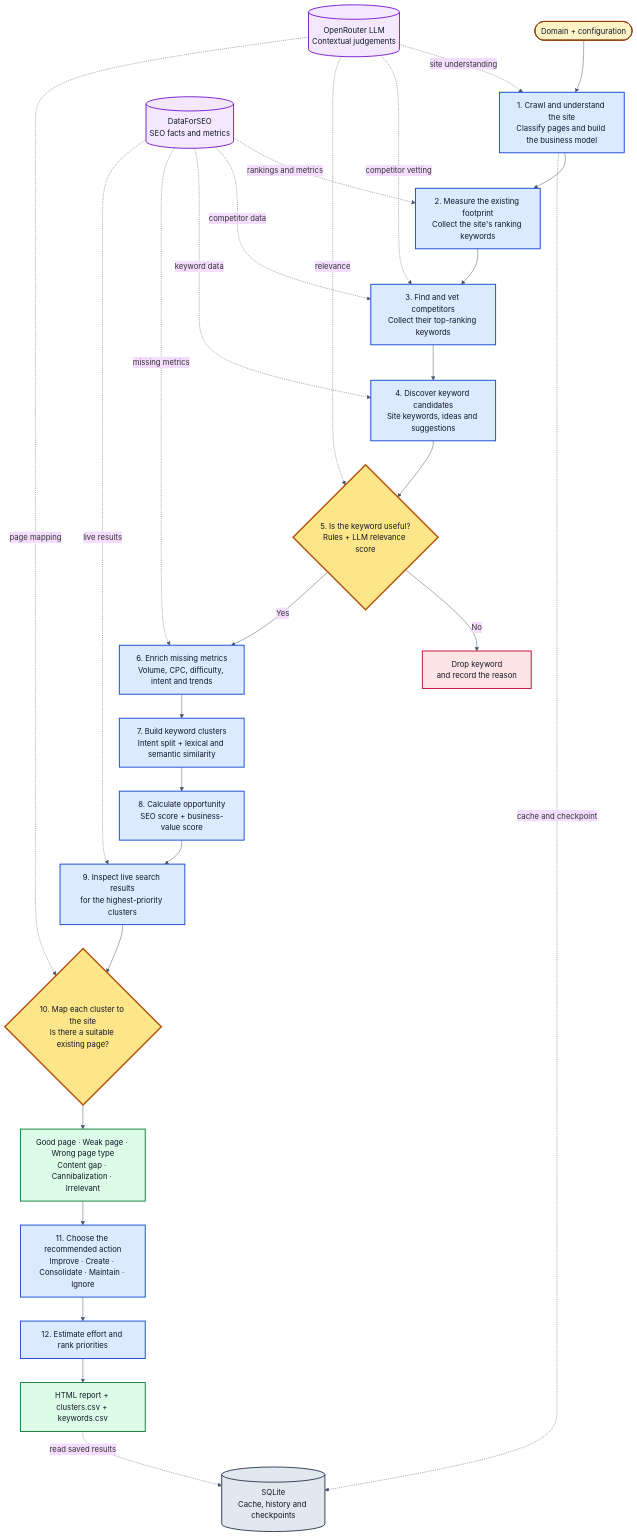
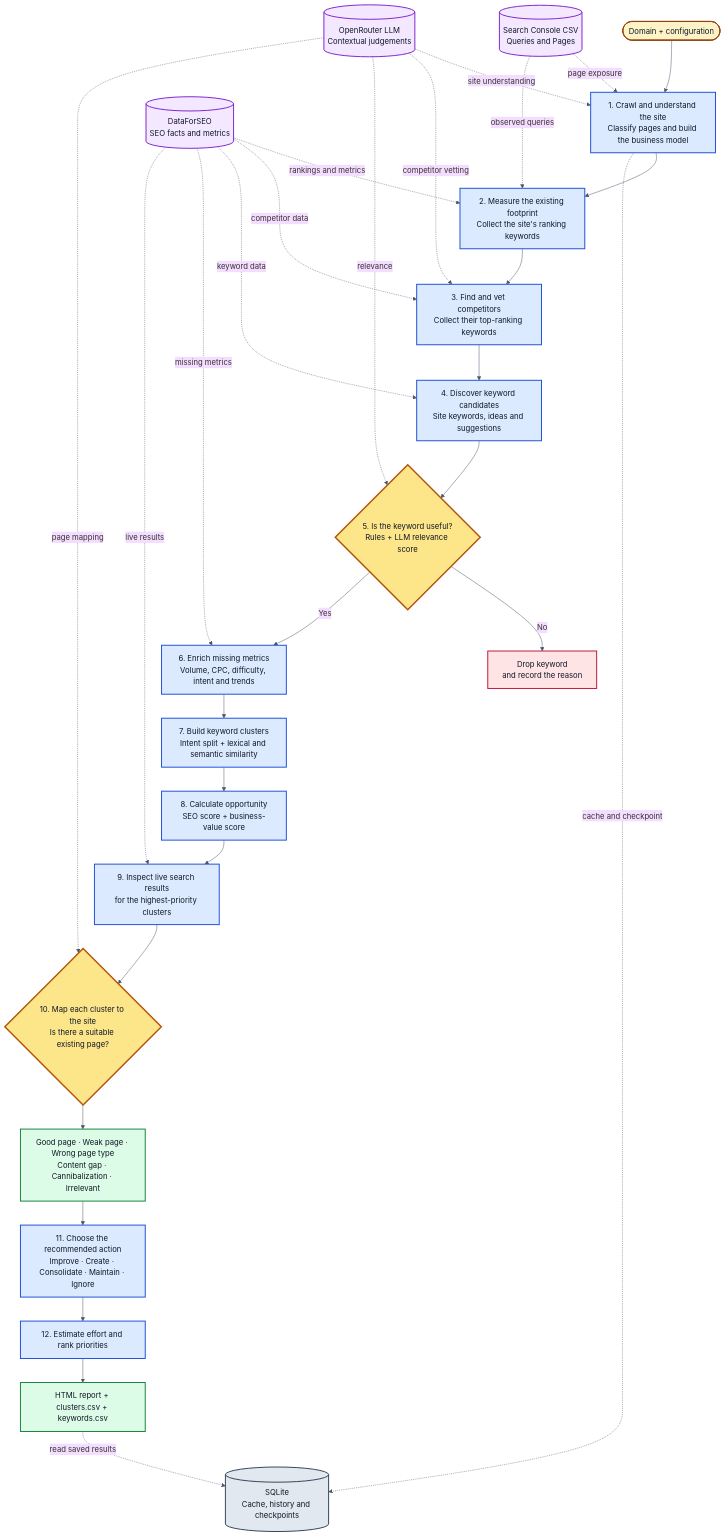
One commit to astratech302-collab/keyword-research changed the diagram in README.md. Above: the diagram before and after it, drawn with Mermaid. The commit also changed other lines of this file and 20 other files, not shown here.

Commit message:
added cost checking and google search console csv data support

````diff
--- a/README.md
+++ b/README.md
@@ -60,57 +69,60 @@
 ```mermaid
 %%{init: {"theme": "base", "themeVariables": {"lineColor": "#475569", "fontFamily": "Arial, sans-serif"}}}%%
 flowchart TD
     START(["Domain + configuration"])
 
     START --> SITE["1. Crawl and understand the site<br/>Classify pages and build the business model"]
     SITE --> FOOTPRINT["2. Measure the existing footprint<br/>Collect the site's ranking keywords"]
     FOOTPRINT --> COMPETITORS["3. Find and vet competitors<br/>Collect their top-ranking keywords"]
     COMPETITORS --> DISCOVERY["4. Discover keyword candidates<br/>Site keywords, ideas and suggestions"]
     DISCOVERY --> FILTER{"5. Is the keyword useful?<br/>Rules + LLM relevance score"}
 
     FILTER -- "No" --> DROP["Drop keyword<br/>and record the reason"]
     FILTER -- "Yes" --> ENRICH["6. Enrich missing metrics<br/>Volume, CPC, difficulty, intent and trends"]
     ENRICH --> CLUSTER["7. Build keyword clusters<br/>Intent split + lexical and semantic similarity"]
     CLUSTER --> PRESCORE["8. Calculate opportunity<br/>SEO score + business-value score"]
     PRESCORE --> SERP["9. Inspect live search results<br/>for the highest-priority clusters"]
     SERP --> MAP{"10. Map each cluster to the site<br/>Is there a suitable existing page?"}
 
     MAP --> OUTCOMES["Good page · Weak page · Wrong page type<br/>Content gap · Cannibalization · Irrelevant"]
     OUTCOMES --> ACTION["11. Choose the recommended action<br/>Improve · Create · Consolidate · Maintain · Ignore"]
     ACTION --> ORDER["12. Estimate effort and rank priorities"]
     ORDER --> REPORT["HTML report + clusters.csv + keywords.csv"]
 
     DFS[("DataForSEO<br/>SEO facts and metrics")]
+    GSC[("Search Console CSV<br/>Queries and Pages")]
     LLM[("OpenRouter LLM<br/>Contextual judgements")]
     DB[("SQLite<br/>Cache, history and checkpoints")]
 
     DFS -. "rankings and metrics" .-> FOOTPRINT
+    GSC -. "page exposure" .-> SITE
+    GSC -. "observed queries" .-> FOOTPRINT
     DFS -. "competitor data" .-> COMPETITORS
     DFS -. "keyword data" .-> DISCOVERY
     DFS -. "missing metrics" .-> ENRICH
     DFS -. "live results" .-> SERP
 
     LLM -. "site understanding" .-> SITE
     LLM -. "competitor vetting" .-> COMPETITORS
     LLM -. "relevance" .-> FILTER
     LLM -. "page mapping" .-> MAP
 
     SITE -. "cache and checkpoint" .-> DB
     REPORT -. "read saved results" .-> DB
 
     classDef input fill:#FEF3C7,stroke:#92400E,color:#111827,stroke-width:2px;
     classDef process fill:#DBEAFE,stroke:#1D4ED8,color:#111827,stroke-width:2px;
     classDef decision fill:#FDE68A,stroke:#B45309,color:#111827,stroke-width:3px;
     classDef result fill:#DCFCE7,stroke:#15803D,color:#111827,stroke-width:2px;
     classDef rejected fill:#FFE4E6,stroke:#BE123C,color:#111827,stroke-width:2px;
     classDef service fill:#F3E8FF,stroke:#7E22CE,color:#111827,stroke-width:2px;
     classDef store fill:#E2E8F0,stroke:#334155,color:#111827,stroke-width:2px;
 
     class START input;
     class SITE,FOOTPRINT,COMPETITORS,DISCOVERY,ENRICH,CLUSTER,PRESCORE,SERP,ACTION,ORDER process;
     class FILTER,MAP decision;
     class OUTCOMES,REPORT result;
     class DROP rejected;
-    class DFS,LLM service;
+    class DFS,LLM,GSC service;
     class DB store;
 ```
````
